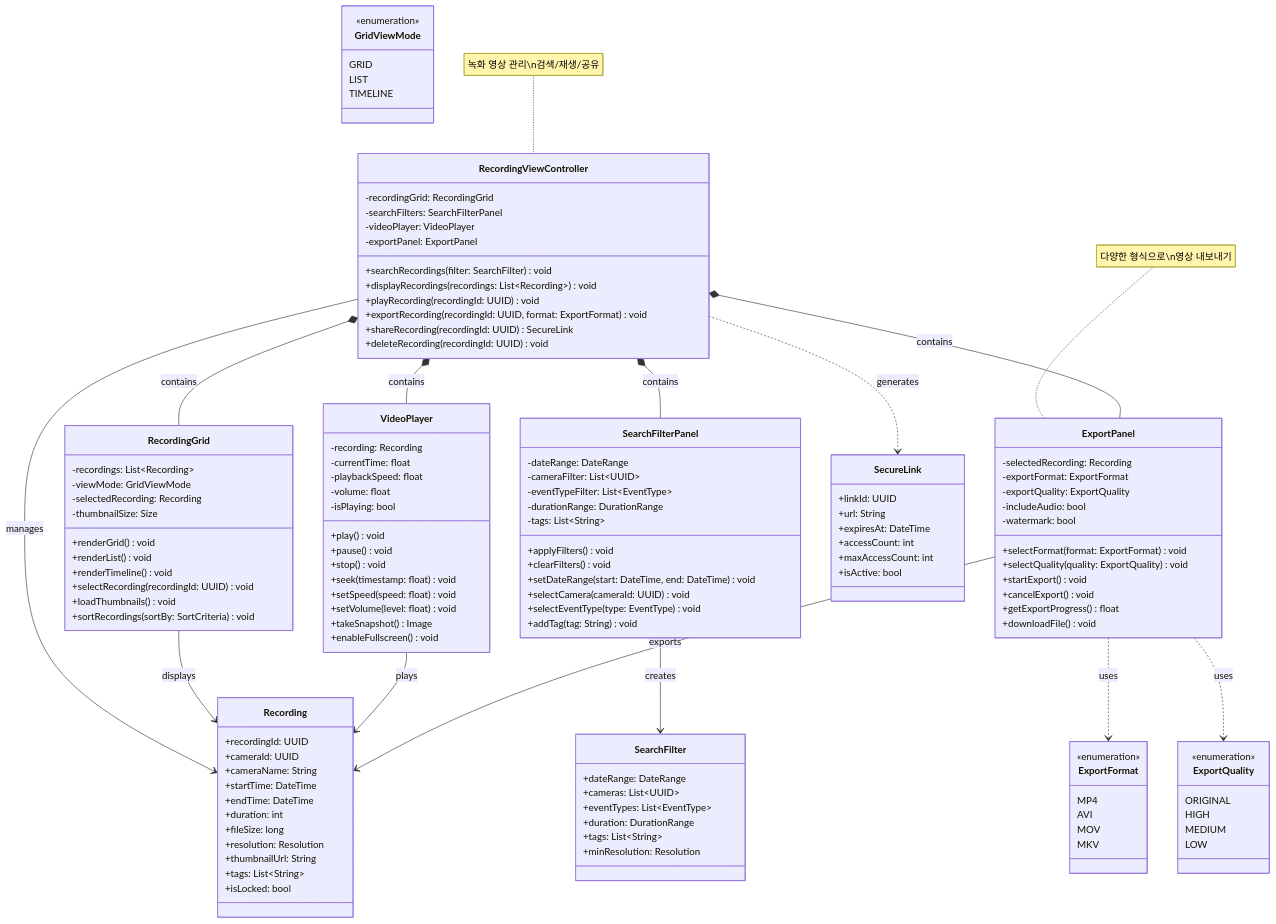
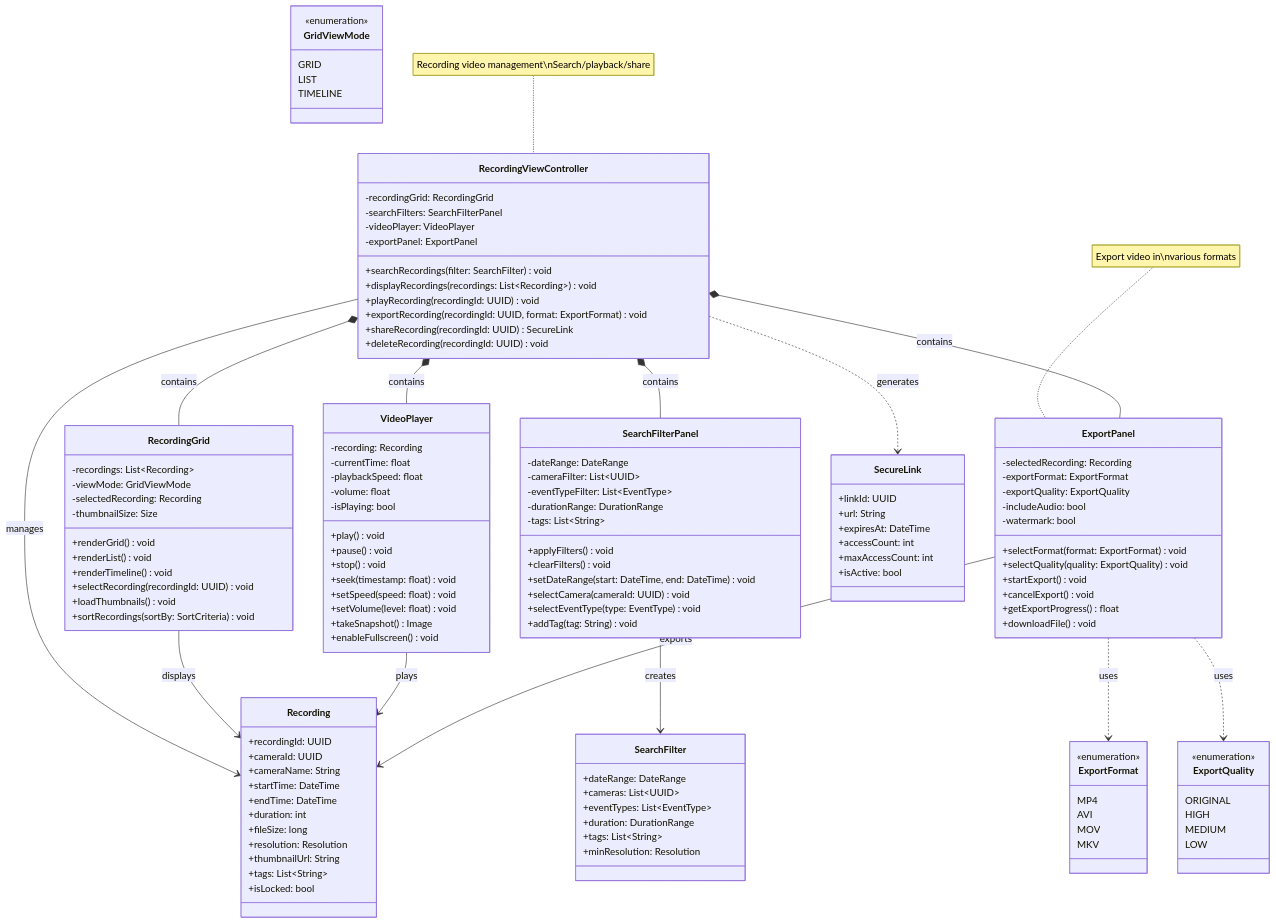
Before and after one commit to mj010101/swe_25f: the eighth of 12 diagrams in diagrams/presentation_class_diagram.md, drawn with Mermaid. The commit also changed other lines of this file, not shown here.

Commit message:
refine presentation class diagram

````diff
--- a/diagrams/presentation_class_diagram.md
+++ b/diagrams/presentation_class_diagram.md
@@ -978,6 +978,6 @@
     ExportPanel ..> ExportQuality : uses
     RecordingViewController ..> SecureLink : generates
 
-    note for RecordingViewController "녹화 영상 관리\n검색/재생/공유"
-    note for ExportPanel "다양한 형식으로\n영상 내보내기"
+    note for RecordingViewController "Recording video management\nSearch/playback/share"
+    note for ExportPanel "Export video in\nvarious formats"
 ```
````
